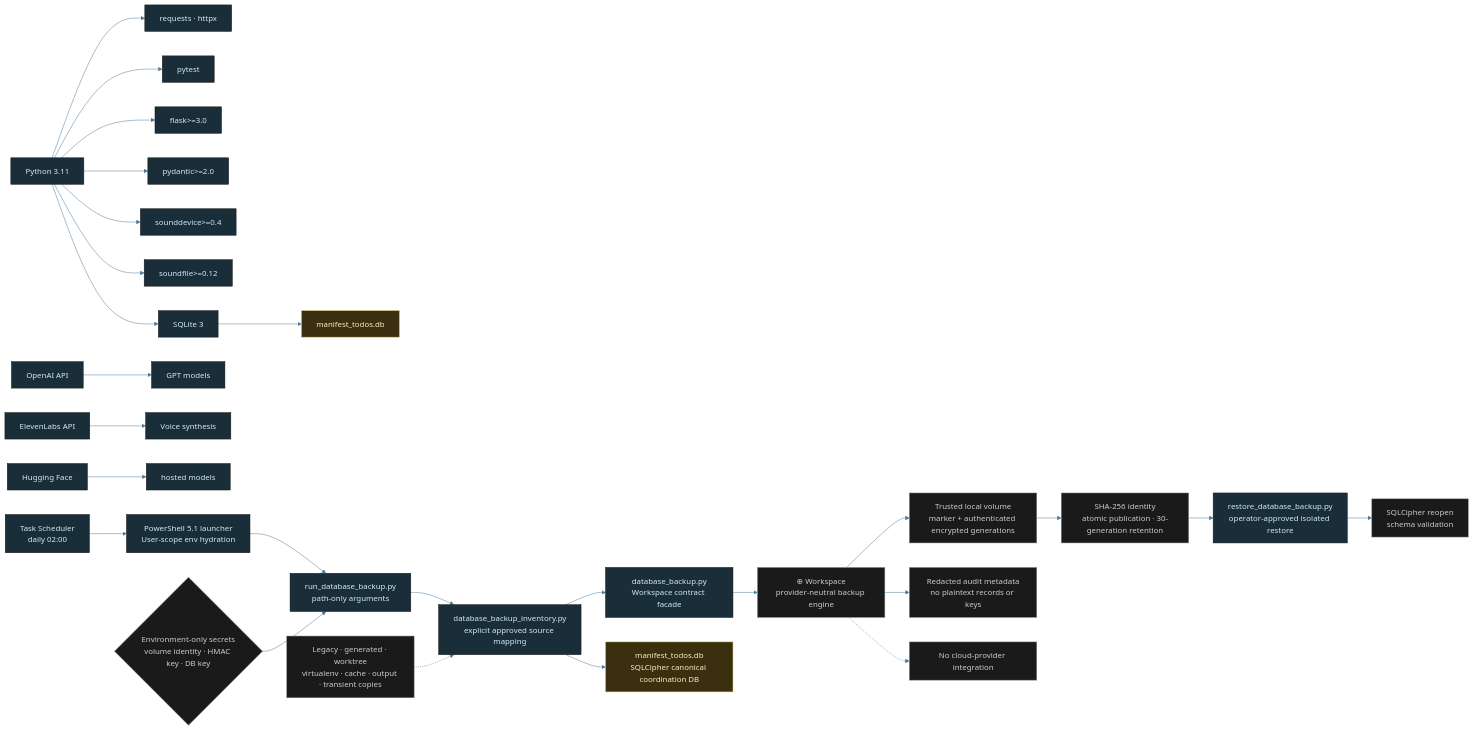
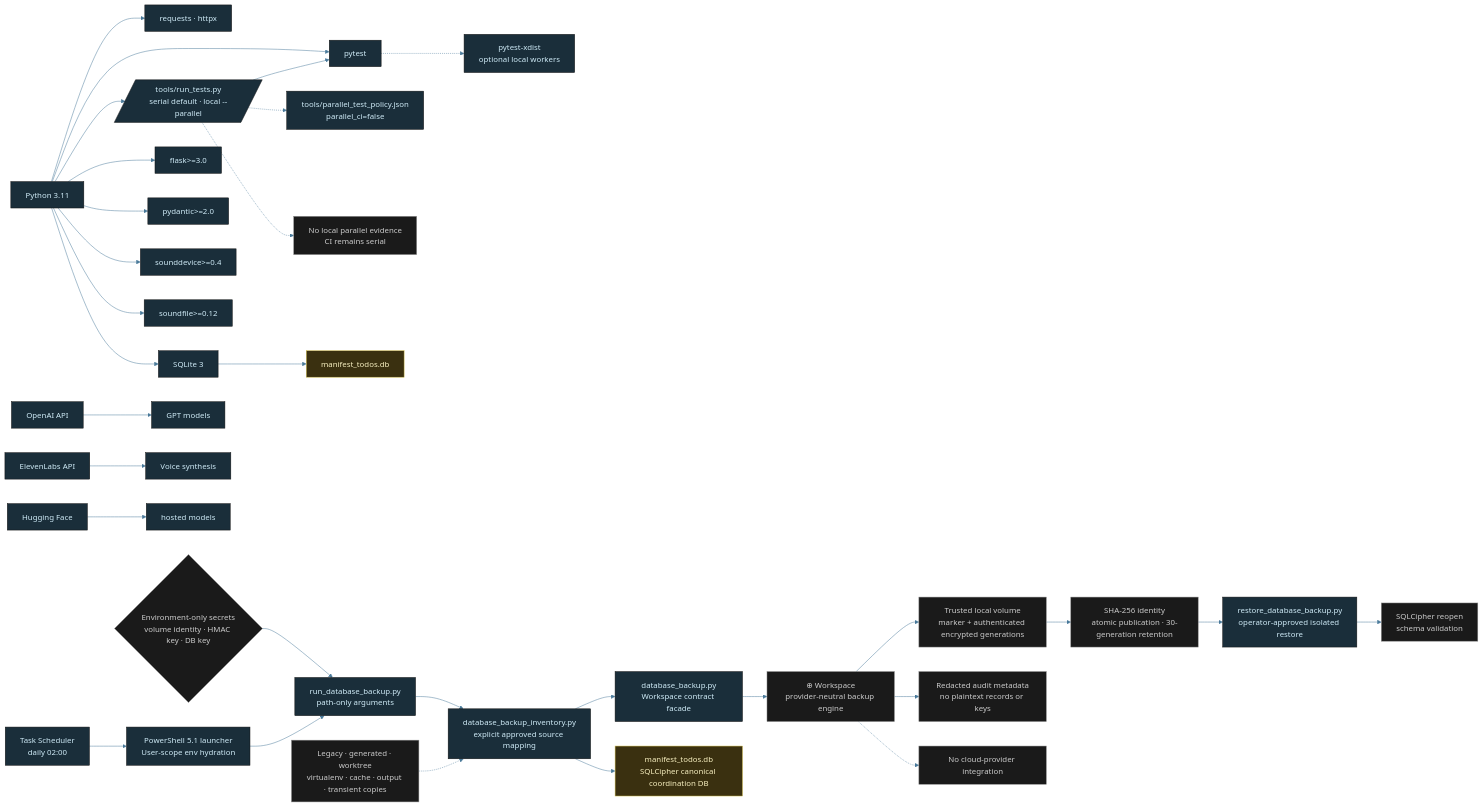
One commit to tylerdrakemusic/-Workspace changed the diagram in diagrams/manifest-tech-stack.mmd. Above: the diagram before and after it, drawn with Mermaid. The commit also changed 14 other files, not shown here.

Commit message:
⊕ workspace: package parallel test execution

```diff
--- a/diagrams/manifest-tech-stack.mmd
+++ b/diagrams/manifest-tech-stack.mmd
@@ -1,48 +1,54 @@
 %%{init: {'theme': 'base', 'themeVariables': {'primaryColor': '#1a2e3a', 'primaryTextColor': '#d0ecf8', 'edgeLabelBackground': '#0f1318', 'lineColor': '#4a7a9a'}}}%%
 graph LR
     Python[Python 3.11] --> Requests[requests · httpx]
     Python --> Pytest[pytest]
+    Python --> TestRunner[/tools/run_tests.py<br/>serial default · local --parallel/]
+    TestRunner --> Pytest
+    TestRunner -.-> TestPolicy[tools/parallel_test_policy.json<br/>parallel_ci=false]
+    Pytest -.-> Xdist[pytest-xdist<br/>optional local workers]
+    TestRunner -.-> ParallelEvidence[No local parallel evidence<br/>CI remains serial]
     Python --> Flask[flask>=3.0]
     Python --> Pydantic[pydantic>=2.0]
     Python --> Sounddevice[sounddevice>=0.4]
     Python --> Soundfile[soundfile>=0.12]
     Python --> SQLite[SQLite 3]
     SQLite --> TodosDB[manifest_todos.db]
     class SQLite lib
     class TodosDB db
     OpenAI[OpenAI API] --> GPT[GPT models]
     ElevenLabs[ElevenLabs API] --> TTS[Voice synthesis]
     HF[Hugging Face] --> Models[hosted models]
     class Python lang
     class OpenAI,ElevenLabs,HF api
-    class Requests,Pytest,Flask,Pydantic,Sounddevice,Soundfile,GPT,TTS,Models lib
+    class Requests,Pytest,TestRunner,TestPolicy,Xdist,Flask,Pydantic,Sounddevice,Soundfile,GPT,TTS,Models lib
+    class ParallelEvidence state
 
     %% FR-20260816-ai-manifest-database-backup-restore
     BackupFacade[database_backup.py<br/>Workspace contract facade] --> BackupEngine[⊕ Workspace<br/>provider-neutral backup engine]
     BackupInventory[database_backup_inventory.py<br/>explicit approved source mapping] --> BackupFacade
     BackupInventory --> ManifestTodoDB[manifest_todos.db<br/>SQLCipher canonical coordination DB]
     BackupLauncher[PowerShell 5.1 launcher<br/>User-scope env hydration] --> BackupRunner[run_database_backup.py<br/>path-only arguments]
     BackupTask[Task Scheduler<br/>daily 02:00] --> BackupLauncher
     BackupRunner --> BackupInventory
     BackupSecrets{Environment-only secrets<br/>volume identity · HMAC key · DB key} --> BackupRunner
     BackupEngine --> BackupStorage[Trusted local volume<br/>marker + authenticated encrypted generations]
     BackupStorage --> BackupIntegrity[SHA-256 identity<br/>atomic publication · 30-generation retention]
     RestoreTool[restore_database_backup.py<br/>operator-approved isolated restore] --> RestoreCheck[SQLCipher reopen<br/>schema validation]
     BackupIntegrity --> RestoreTool
     BackupEngine --> Audit[Redacted audit metadata<br/>no plaintext records or keys]
     BackupEngine -.-> NoCloud[No cloud-provider integration]
     BackupExclusions[Legacy · generated · worktree<br/>virtualenv · cache · output · transient copies] -.-> BackupInventory
     class BackupFacade,BackupInventory,BackupLauncher,BackupRunner,BackupTask,RestoreTool util
     class BackupEngine,BackupStorage,BackupIntegrity,Audit state
     class ManifestTodoDB db
     class BackupSecrets,NoCloud,BackupExclusions,RestoreCheck state
 
 classDef life     fill:#1a2e3a,stroke:#6ab4d4,color:#d0ecf8
 classDef music    fill:#3a1a24,stroke:#d47a8f,color:#f8d0dc
 classDef quantum  fill:#251a3a,stroke:#a07adf,color:#e8d0f8
 classDef manifest fill:#3a2e1a,stroke:#d4a96a,color:#f8ead0
 classDef ws       fill:#1a3a30,stroke:#6ad4b4,color:#d0f8ee
 classDef tyler    fill:#2a1a3a,stroke:#9e4aff,color:#fff
 classDef ext      fill:#3a2020,stroke:#ff7a7a,color:#ffd0d0
 classDef db       fill:#3a3010,stroke:#d4c050,color:#f8f0c0
 classDef state    fill:#1a1a1a,stroke:#888888,color:#cccccc
```
